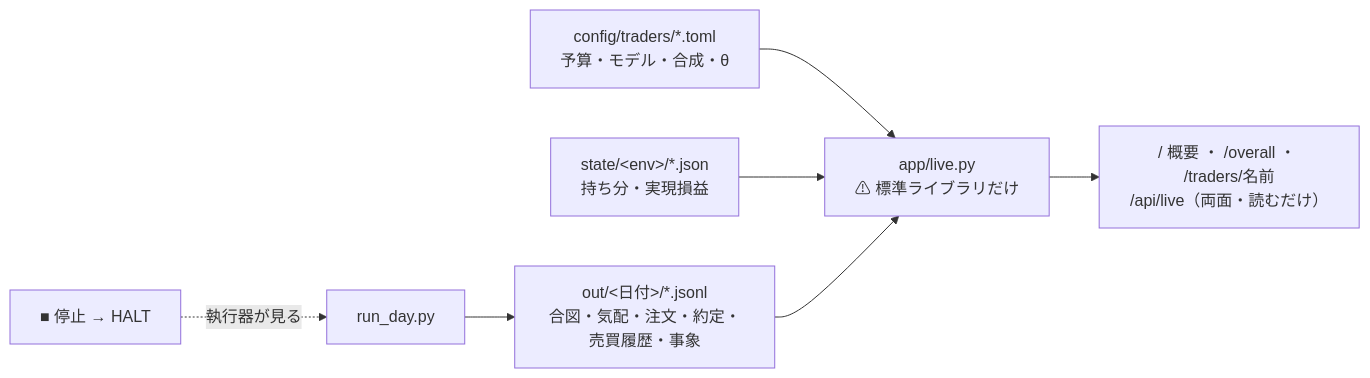
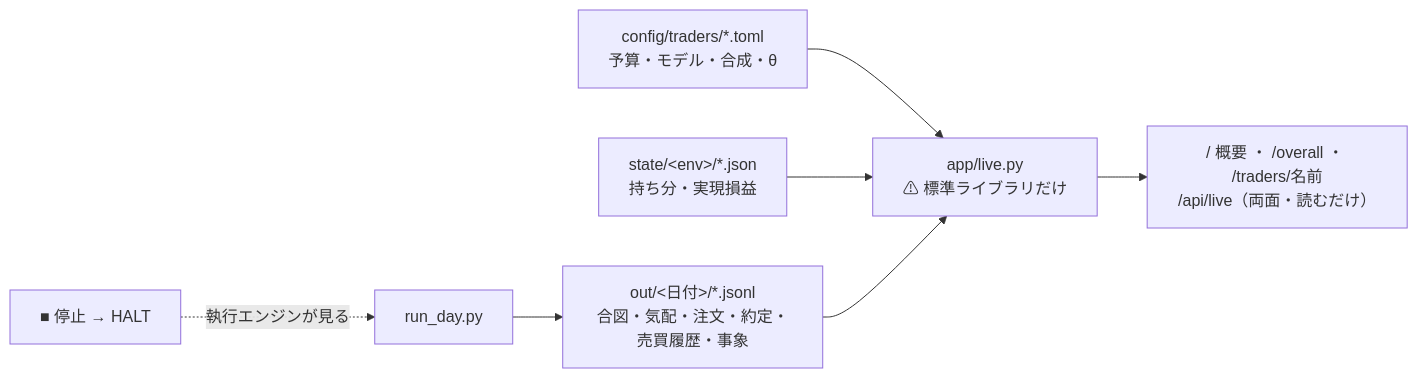
Before and after one commit to akiraak/ai-income-lab: the eighth of 28 diagrams in docs/specs/dashboard.md, drawn with Mermaid. The commit also changed other lines of this file and 45 other files, not shown here.

````diff
--- a/docs/specs/dashboard.md
+++ b/docs/specs/dashboard.md
@@ -466,9 +466,9 @@
 ```mermaid
 flowchart LR
   T["config/traders/*.toml<br/>予算・モデル・合成・θ"] --> L["app/live.py<br/>⚠ 標準ライブラリだけ"]
   S["state/&lt;env&gt;/*.json<br/>持ち分・実現損益"] --> L
   O["out/&lt;日付&gt;/*.jsonl<br/>合図・気配・注文・約定・売買履歴・事象"] --> L
   L --> V["/ 概要 ・ /overall ・ /traders/名前<br/>/api/live（両面・読むだけ）"]
-  H["■ 停止 → HALT"] -.->|執行器が見る| R["run_day.py"]
+  H["■ 停止 → HALT"] -.->|執行エンジンが見る| R["run_day.py"]
   R --> O
 ```
````
